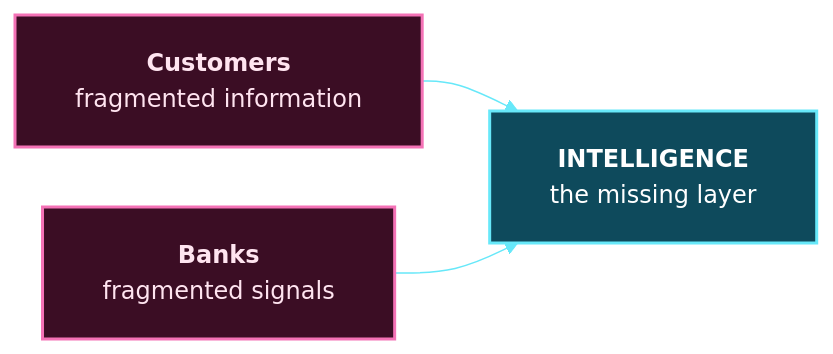
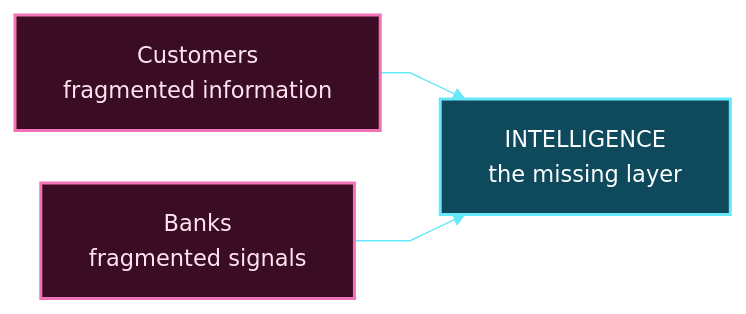
One commit to Mansi232323/MANSHORA changed the third of 17 diagrams in README.md. Above: the diagram before and after it, drawn with Mermaid. The commit also changed other lines of this file, not shown here.

````diff
--- a/README.md
+++ b/README.md
@@ -131,11 +169,10 @@
 ```mermaid
-%%{init: {'theme':'base','themeVariables':{'fontSize':'16px','fontFamily':'Arial, Helvetica, sans-serif','lineColor':'#67e8f9'},'flowchart':{'htmlLabels':true,'nodeSpacing':40,'rankSpacing':45,'padding':20,'wrappingWidth':260}}}%%
+%%{init: {'theme':'base','themeVariables':{'fontSize':'15px','fontFamily':'Arial, Helvetica, sans-serif','primaryColor':'#1e1145','primaryTextColor':'#f5f3ff','primaryBorderColor':'#a78bfa','lineColor':'#67e8f9','textColor':'#f5f3ff','edgeLabelBackground':'#1e1145'},'flowchart':{'htmlLabels':true,'nodeSpacing':35,'rankSpacing':40,'padding':16,'curve':'linear'}}}%%
 flowchart LR
-    C["<b>Customers</b><br/>fragmented information"] --> M
-    B["<b>Banks</b><br/>fragmented signals"] --> M
-    M["<b>INTELLIGENCE</b><br/>the missing layer"]
+    C["Customers<br/>fragmented information"] --> M["INTELLIGENCE<br/>the missing layer"]
+    B["Banks<br/>fragmented signals"] --> M
     classDef problem fill:#3b0d24,stroke:#f472b6,stroke-width:2px,color:#ffe4f0
     classDef answer fill:#0e4a5c,stroke:#67e8f9,stroke-width:2px,color:#ffffff
     class C,B problem
     class M answer
 ```
````
